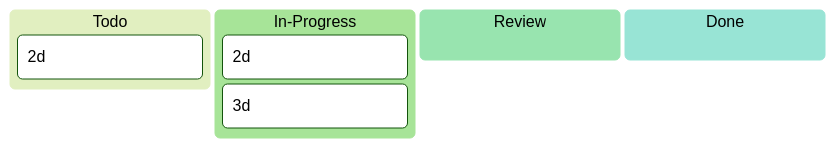
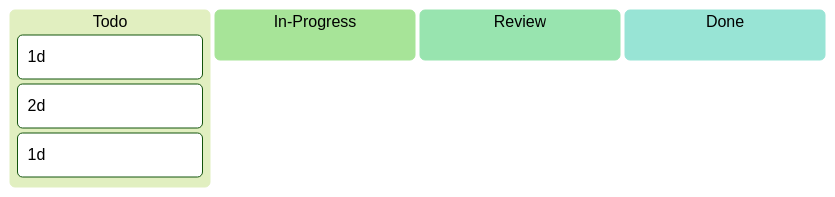
The first of 3 diagrams in docs/_projects/R3GROUP.md (Katty-Fashion/kf-cpto), drawn with Mermaid (forest theme) before and after one commit. The commit also changed other lines of this file and 10 other files, not shown here.

````diff
--- a/docs/_projects/R3GROUP.md
+++ b/docs/_projects/R3GROUP.md
@@ -34,10 +34,10 @@
 ```mermaid
 kanban
   Todo
-    t3["2d"]
+    t1["1d"]
+    t2["2d"]
+    t3["1d"]
   In-Progress
-    t1["2d"]
-    t2["3d"]
   Review
   Done
 ```
````
